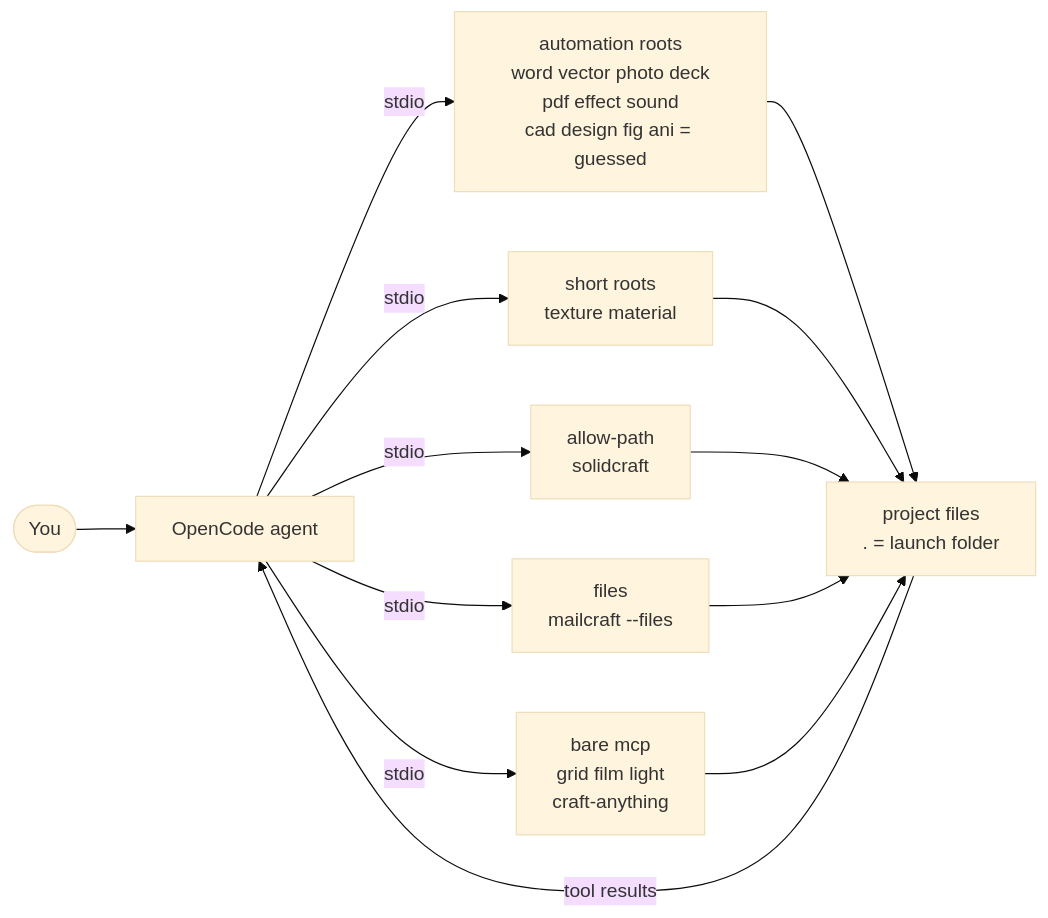
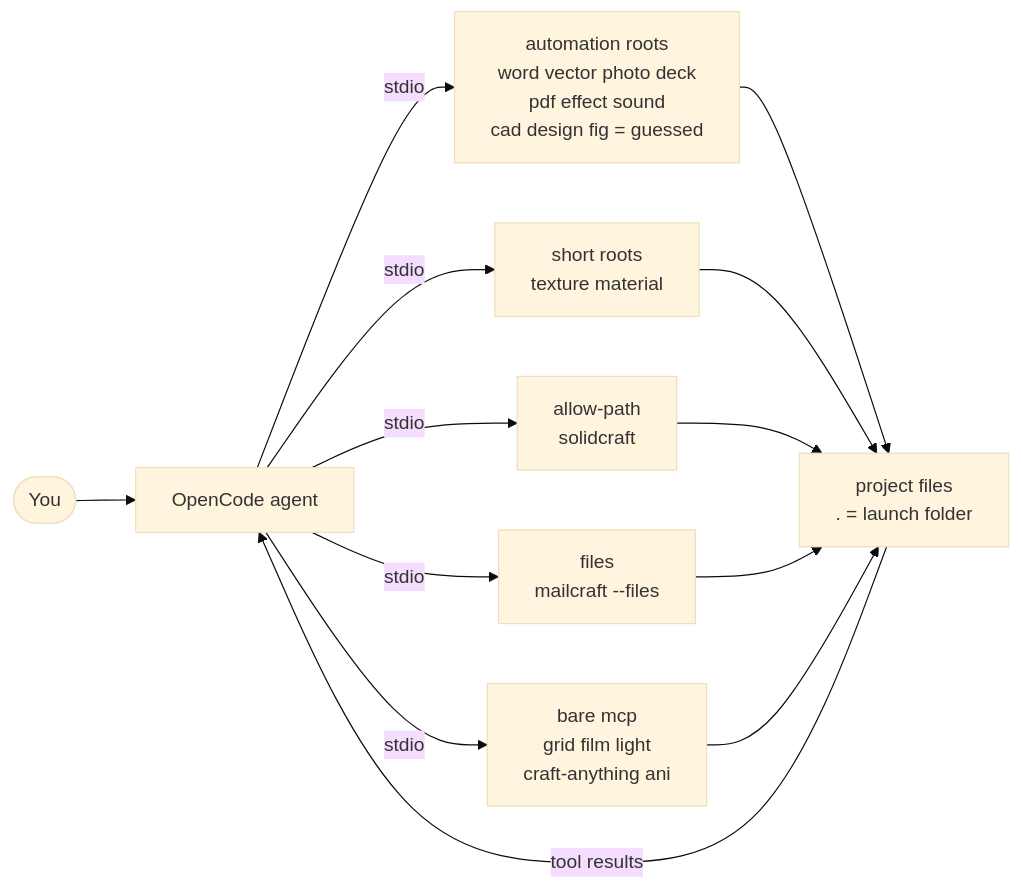
Before and after one commit to xevilmaxx/ArtCraftMCP: the second of 3 diagrams in README.md, drawn with Mermaid (base theme). The commit also changed other lines of this file and 3 other files, not shown here.

````diff
--- a/README.md
+++ b/README.md
@@ -33,15 +33,15 @@
 ```mermaid
 flowchart LR
     You(["You"]) --> OC["OpenCode agent"]
     OC -- "stdio" --> AUTO
     OC -- "stdio" --> SHORT
     OC -- "stdio" --> ALLOW
     OC -- "stdio" --> MAIL
     OC -- "stdio" --> BARE
-    AUTO["automation roots\nword vector photo deck\npdf effect sound\ncad design fig ani = guessed"] --> Files
+    AUTO["automation roots\nword vector photo deck\npdf effect sound\ncad design fig = guessed"] --> Files
     SHORT["short roots\ntexture material"] --> Files
     ALLOW["allow-path\nsolidcraft"] --> Files
     MAIL["files\nmailcraft --files"] --> Files
-    BARE["bare mcp\ngrid film light\ncraft-anything"] --> Files
+    BARE["bare mcp\ngrid film light\ncraft-anything ani"] --> Files
     Files["project files\n. = launch folder"] -- "tool results" --> OC
 ```
````
